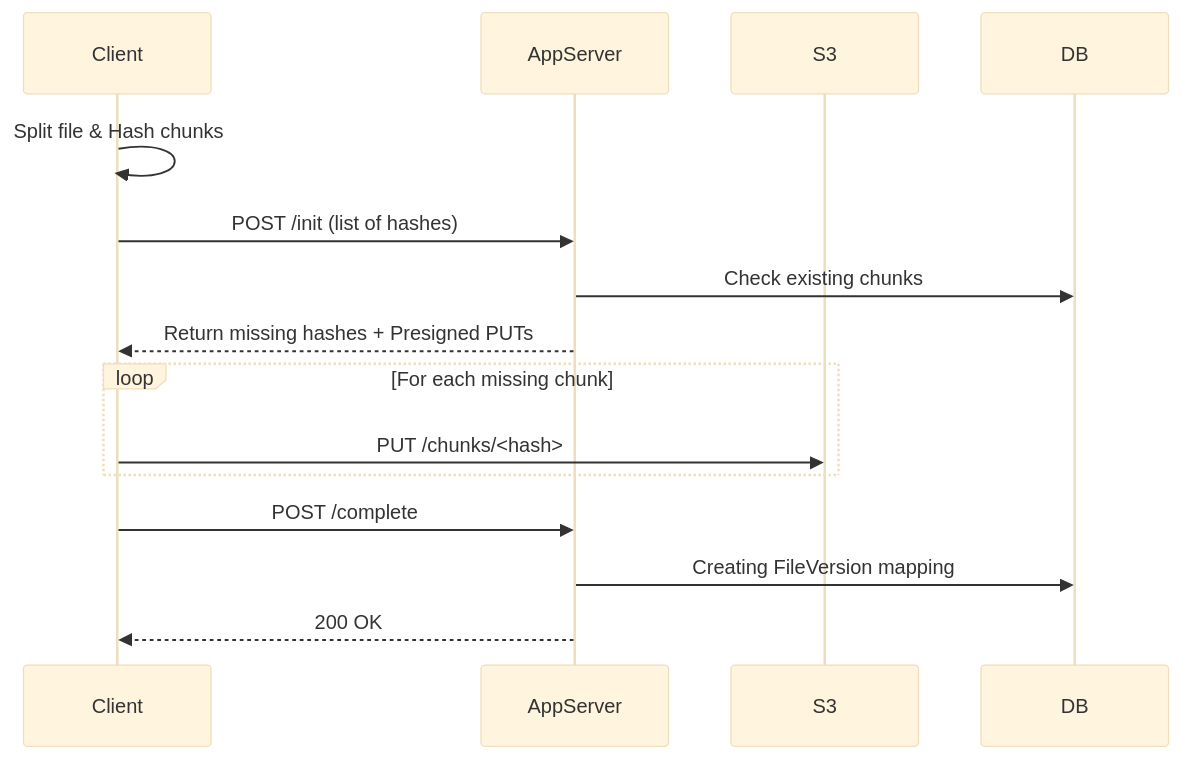
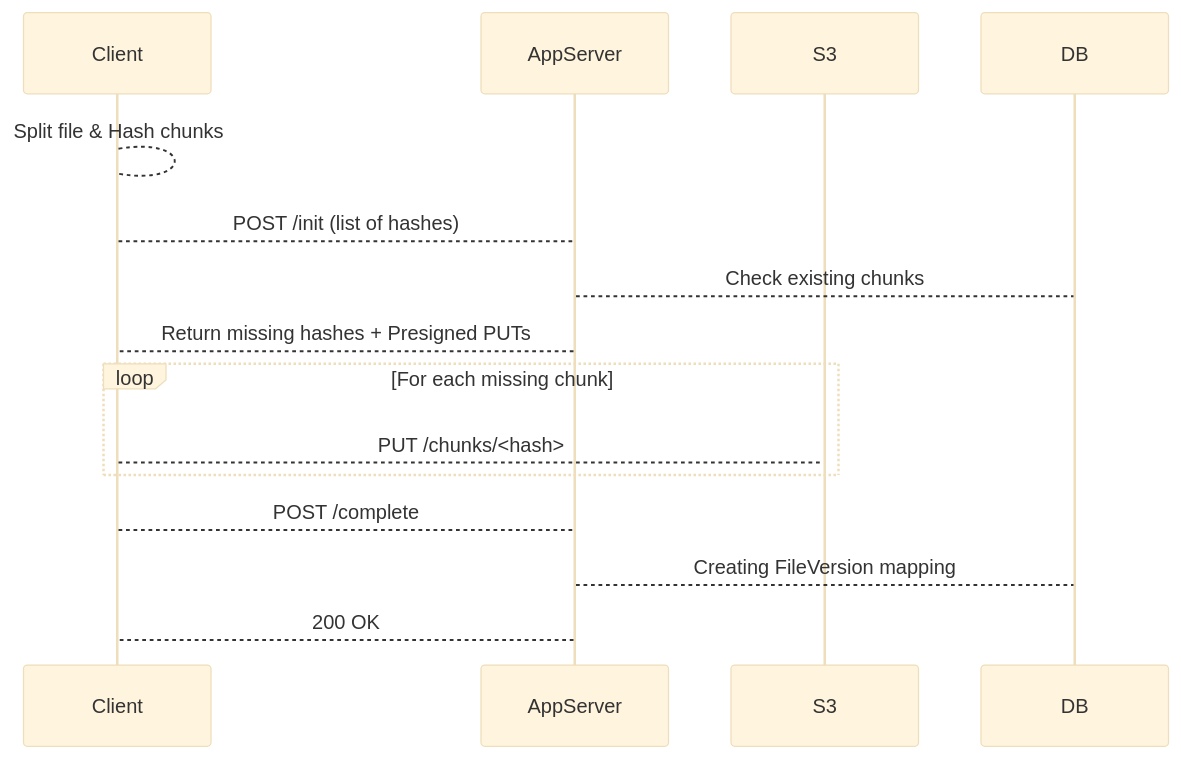
Before and after one commit to ShalomDeitch1/examples: the eighth of 10 diagrams in dropbox/README.md, drawn with Mermaid (base theme). The commit also changed other lines of this file, not shown here.

````diff
--- a/dropbox/README.md
+++ b/dropbox/README.md
@@ -164,20 +164,20 @@
 ```mermaid
 sequenceDiagram
   participant Client
   participant AppServer
   participant S3
   participant DB
 
-  Client->>Client: Split file & Hash chunks
-  Client->>AppServer: POST /init (list of hashes)
-  AppServer->>DB: Check existing chunks
-  AppServer-->>Client: Return missing hashes + Presigned PUTs
+  Client-->Client: Split file & Hash chunks
+  Client-->AppServer: POST /init (list of hashes)
+  AppServer-->DB: Check existing chunks
+  AppServer-->Client: Return missing hashes + Presigned PUTs
   
   loop For each missing chunk
-    Client->>S3: PUT /chunks/<hash>
+    Client-->S3: PUT /chunks/<hash>
   end
   
-  Client->>AppServer: POST /complete
-  AppServer->>DB: Creating FileVersion mapping
-  AppServer-->>Client: 200 OK
+  Client-->AppServer: POST /complete
+  AppServer-->DB: Creating FileVersion mapping
+  AppServer-->Client: 200 OK
 ```
````
